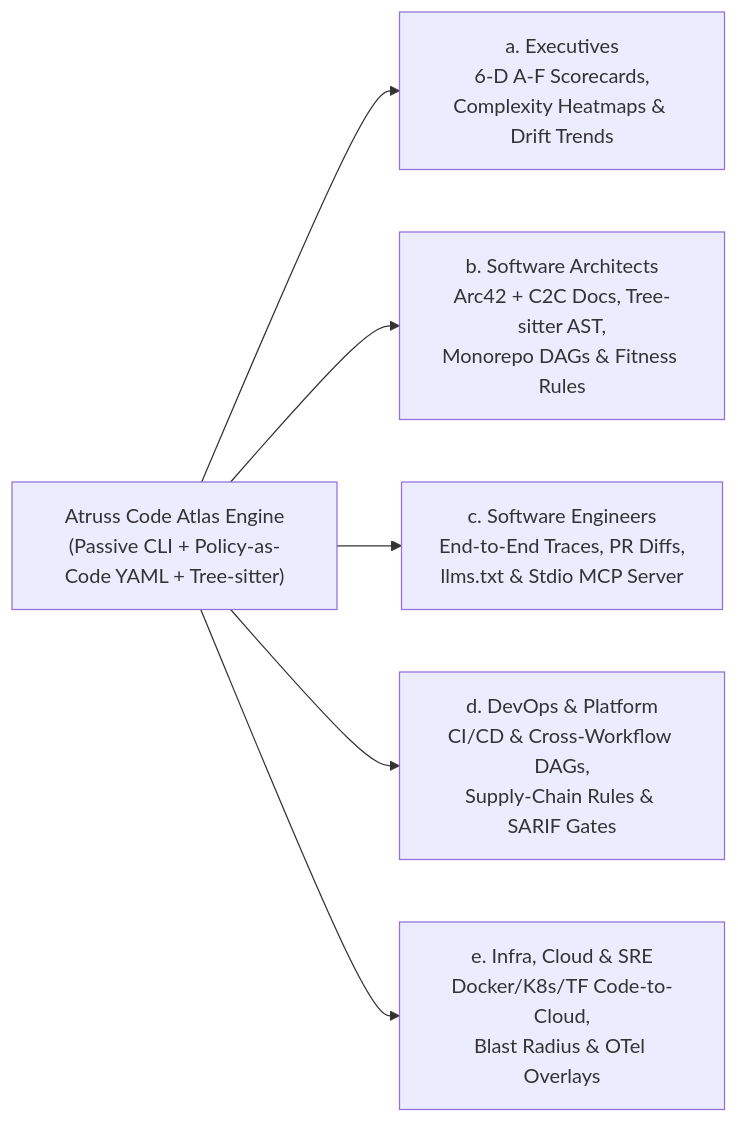
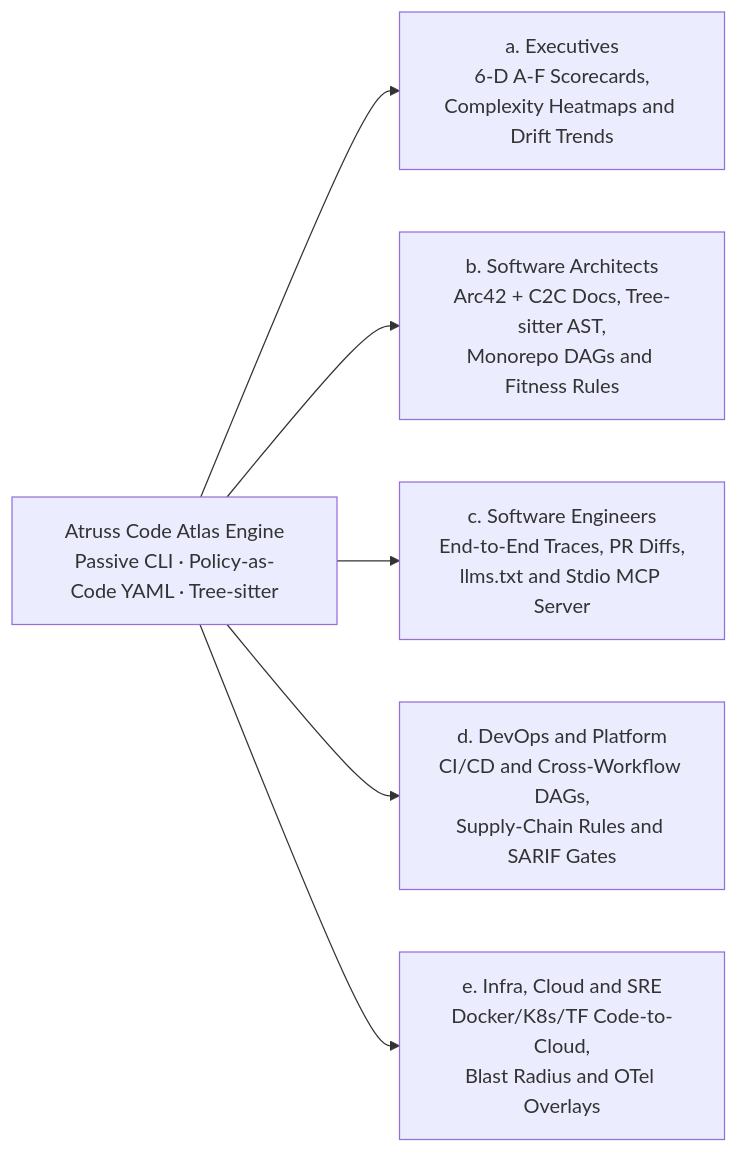
The diagram in README.md (kumarshaz/atruss-code-atlas), drawn with Mermaid before and after one commit.

Commit message:
docs(readme): clean up stakeholder Mermaid flowchart syntax

````diff
--- a/README.md
+++ b/README.md
@@ -34,10 +34,10 @@
 ```mermaid
 flowchart LR
-    Engine["Atruss Code Atlas Engine<br/>(Passive CLI + Policy-as-Code YAML + Tree-sitter)"]
-    
-    Engine --> Exec["a. Executives<br/>6-D A-F Scorecards,<br/>Complexity Heatmaps & Drift Trends"]
-    Engine --> Arch["b. Software Architects<br/>Arc42 + C2C Docs, Tree-sitter AST,<br/>Monorepo DAGs & Fitness Rules"]
-    Engine --> SWE["c. Software Engineers<br/>End-to-End Traces, PR Diffs,<br/>llms.txt & Stdio MCP Server"]
-    Engine --> DevOps["d. DevOps & Platform<br/>CI/CD & Cross-Workflow DAGs,<br/>Supply-Chain Rules & SARIF Gates"]
-    Engine --> Infra["e. Infra, Cloud & SRE<br/>Docker/K8s/TF Code-to-Cloud,<br/>Blast Radius & OTel Overlays"]
+    Engine["Atruss Code Atlas Engine<br/>Passive CLI · Policy-as-Code YAML · Tree-sitter"]
+
+    Engine --> Exec["a. Executives<br/>6-D A-F Scorecards,<br/>Complexity Heatmaps and Drift Trends"]
+    Engine --> Arch["b. Software Architects<br/>Arc42 + C2C Docs, Tree-sitter AST,<br/>Monorepo DAGs and Fitness Rules"]
+    Engine --> SWE["c. Software Engineers<br/>End-to-End Traces, PR Diffs,<br/>llms.txt and Stdio MCP Server"]
+    Engine --> DevOps["d. DevOps and Platform<br/>CI/CD and Cross-Workflow DAGs,<br/>Supply-Chain Rules and SARIF Gates"]
+    Engine --> Infra["e. Infra, Cloud and SRE<br/>Docker/K8s/TF Code-to-Cloud,<br/>Blast Radius and OTel Overlays"]
 ```
````
